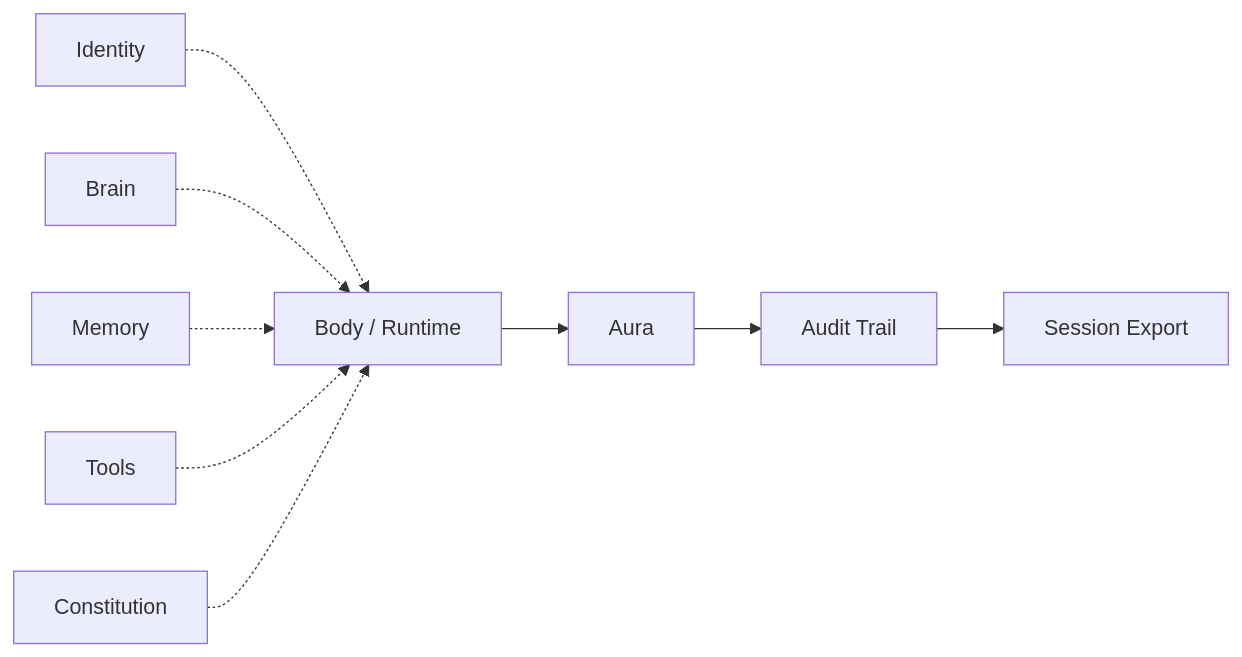
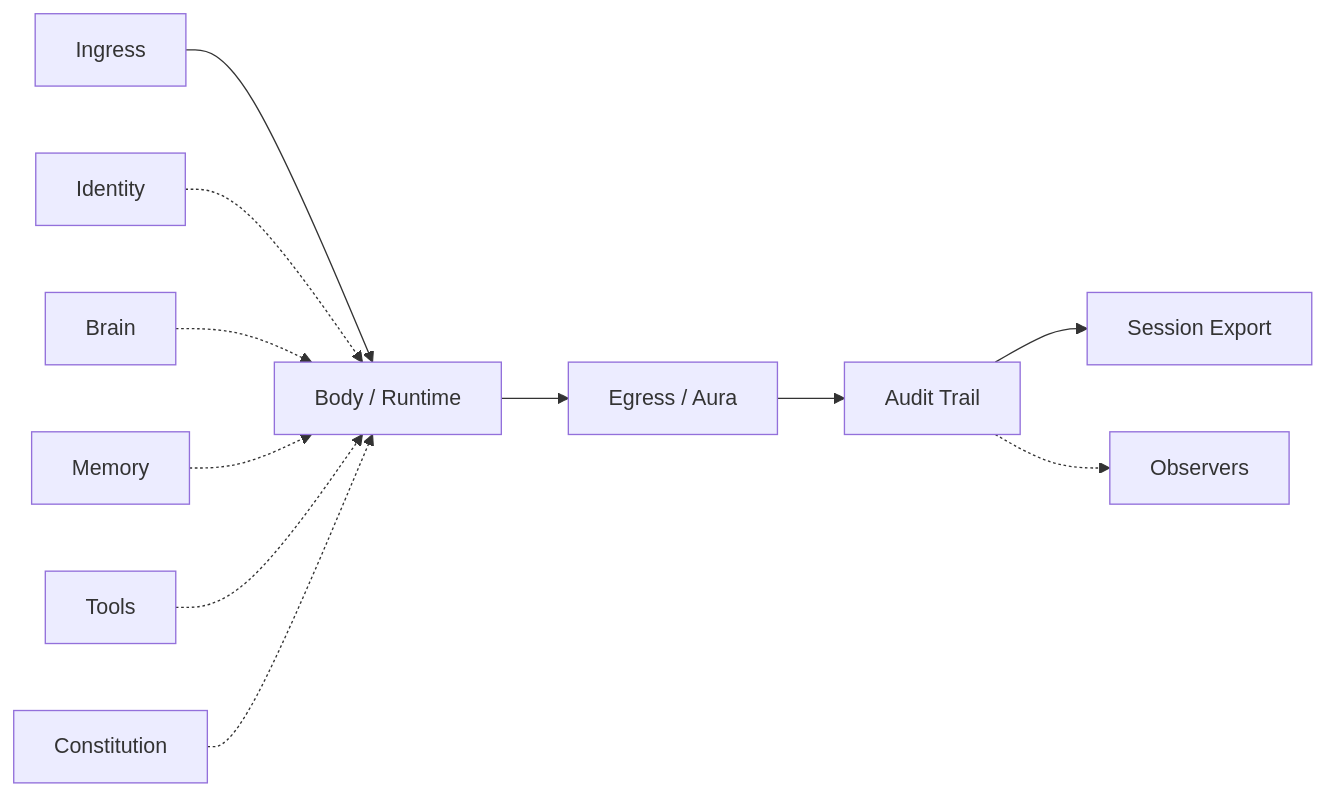
One commit to ARPAHLS/aura changed the diagram in README.md. Above: the diagram before and after it, drawn with Mermaid. The commit also changed other lines of this file and 34 other files, not shown here.

First line of the commit message:
Release v0.2.0: membrane, sequencer, Skillware host, and observers.

````diff
--- a/README.md
+++ b/README.md
@@ -50,12 +50,14 @@
 ```mermaid
 flowchart LR
-    ID["Identity"] -.-> BODY["Body / Runtime"]
+    IN["Ingress"] --> BODY["Body / Runtime"]
+    ID["Identity"] -.-> BODY
     BRAIN["Brain"] -.-> BODY
     MEM["Memory"] -.-> BODY
     TOOLS["Tools"] -.-> BODY
     CONST["Constitution"] -.-> BODY
 
-    BODY --> AURA["Aura"]
-    AURA --> TRAIL["Audit Trail"]
+    BODY --> EG["Egress / Aura"]
+    EG --> TRAIL["Audit Trail"]
     TRAIL --> EXPORT["Session Export"]
+    TRAIL -.-> OBS["Observers"]
 ```
````
